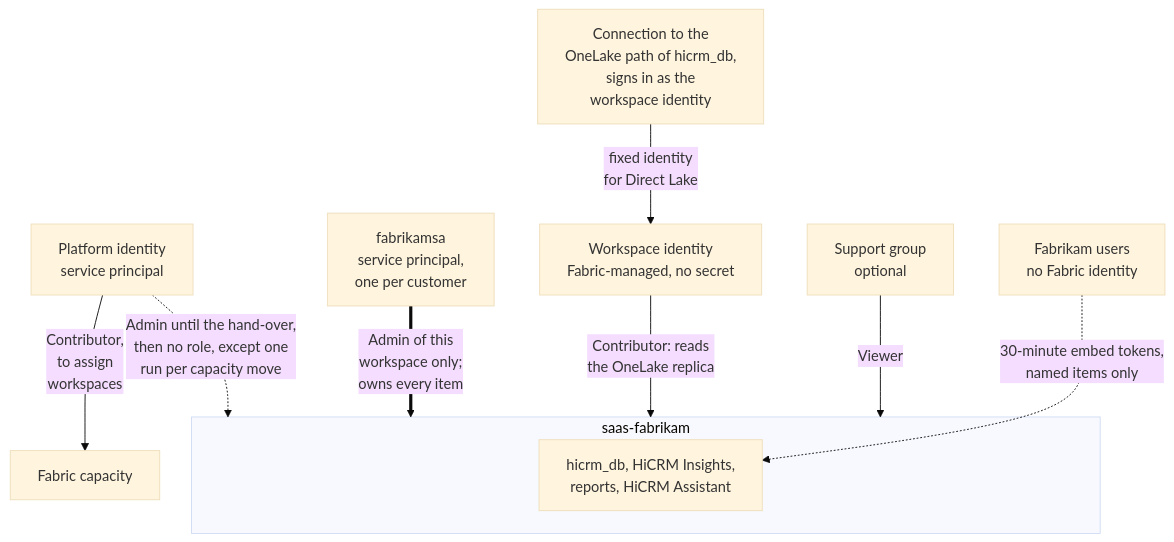
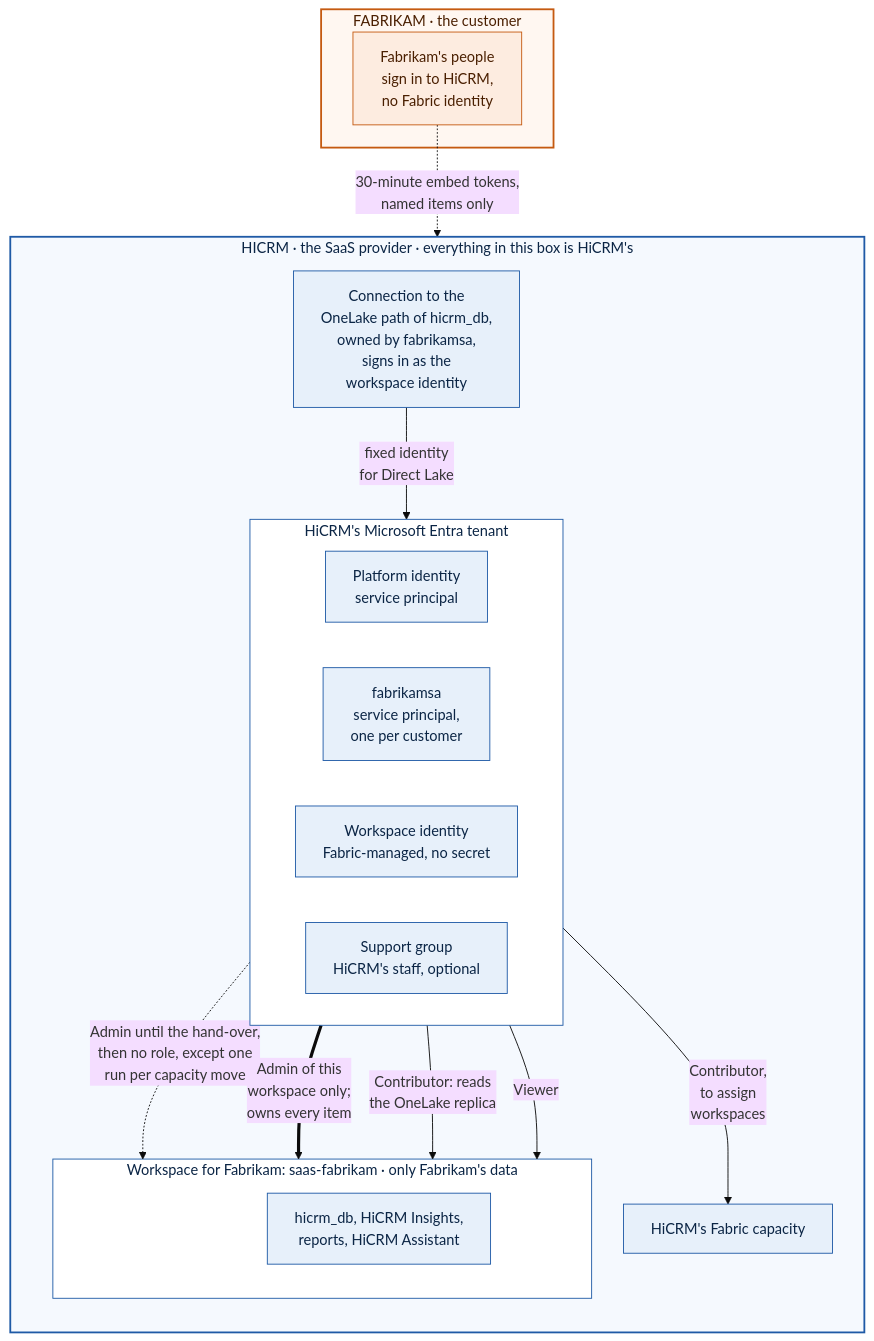
One commit to apkola29/fabric changed the third of 7 diagrams in saas-platform/ARCHITECTURE.md. Above: the diagram before and after it, drawn with Mermaid (base theme). The commit also changed other lines of this file and 9 other files, not shown here.

First line of the commit message:
saas-platform: who owns what, end-to-end flow and the data integration add-on

````diff
--- a/saas-platform/ARCHITECTURE.md
+++ b/saas-platform/ARCHITECTURE.md
@@ -72,22 +203,39 @@
 ```mermaid
 flowchart TB
-  PSP["Platform identity<br/>service principal"]
-  SA["fabrikamsa<br/>service principal,<br/>one per customer"]
-  WI["Workspace identity<br/>Fabric-managed, no secret"]
-  OPS["Support group<br/>optional"]
-  EU["Fabrikam users<br/>no Fabric identity"]
-
-  subgraph WS["saas-fabrikam"]
-    ITEMS["hicrm_db, HiCRM Insights,<br/>reports, HiCRM Assistant"]
+  %% The identities for one customer, Fabrikam. Orange: Fabrikam. Blue: HiCRM, which owns every identity here.
+  subgraph FAB["FABRIKAM · the customer"]
+    EU["Fabrikam's people<br/>sign in to HiCRM,<br/>no Fabric identity"]
   end
-  CAP["Fabric capacity"]
-  CONN["Connection to the<br/>OneLake path of hicrm_db,<br/>signs in as the<br/>workspace identity"]
+  subgraph HI["HICRM · the SaaS provider · everything in this box is HiCRM's"]
+    direction TB
+    subgraph IDS["HiCRM's Microsoft Entra tenant"]
+      direction LR
+      PSP["Platform identity<br/>service principal"]
+      SA["fabrikamsa<br/>service principal,<br/>one per customer"]
+      WI["Workspace identity<br/>Fabric-managed, no secret"]
+      OPS["Support group<br/>HiCRM's staff, optional"]
+    end
+    CAP["HiCRM's Fabric capacity"]
+    CONN["Connection to the<br/>OneLake path of hicrm_db,<br/>owned by fabrikamsa,<br/>signs in as the<br/>workspace identity"]
+    subgraph WS["Workspace for Fabrikam: saas-fabrikam · only Fabrikam's data"]
+      ITEMS["hicrm_db, HiCRM Insights,<br/>reports, HiCRM Assistant"]
+    end
+  end
 
   PSP -->|"Contributor,<br/>to assign<br/>workspaces"| CAP
   PSP -.->|"Admin until the hand-over,<br/>then no role, except one<br/>run per capacity move"| WS
   SA ==>|"Admin of this<br/>workspace only;<br/>owns every item"| WS
   WI -->|"Contributor: reads<br/>the OneLake replica"| WS
   CONN -->|"fixed identity<br/>for Direct Lake"| WI
   OPS -->|"Viewer"| WS
   EU -.->|"30-minute embed tokens,<br/>named items only"| ITEMS
+
+  classDef fabrikam fill:#FDECE0,stroke:#C55A11,color:#4A1F00
+  classDef hicrm fill:#E7F0FA,stroke:#1F5AA6,color:#0B2545
+  class EU fabrikam
+  class PSP,SA,WI,OPS,CAP,CONN,ITEMS hicrm
+  style FAB fill:#FFF7F1,stroke:#C55A11,stroke-width:2px,color:#4A1F00
+  style HI fill:#F5F9FE,stroke:#1F5AA6,stroke-width:2px,color:#0B2545
+  style IDS fill:#FFFFFF,stroke:#1F5AA6,color:#0B2545
+  style WS fill:#FFFFFF,stroke:#1F5AA6,color:#0B2545
 ```
````
